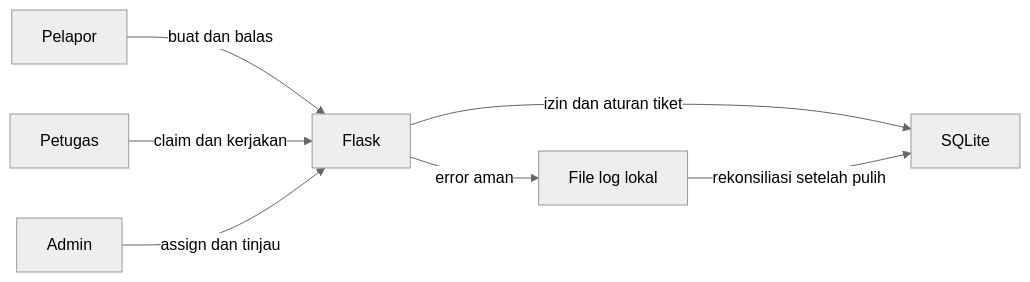
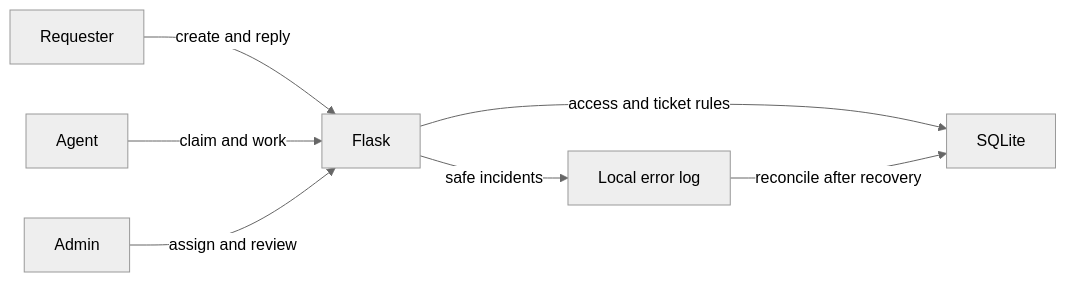
One commit to bedaaryawimala/ticket-system changed the diagram in README.md. Above: the diagram before and after it, drawn with Mermaid (neutral theme). The commit also changed other lines of this file and 35 other files, not shown here.

````diff
--- a/README.md
+++ b/README.md
@@ -63,9 +59,9 @@
 ```mermaid
 flowchart LR
-    Pelapor -->|buat dan balas| Flask
-    Petugas -->|claim dan kerjakan| Flask
-    Admin -->|assign dan tinjau| Flask
-    Flask -->|izin dan aturan tiket| SQLite
-    Flask -->|error aman| FileLog[File log lokal]
-    FileLog -->|rekonsiliasi setelah pulih| SQLite
+    Requester -->|create and reply| Flask
+    Agent -->|claim and work| Flask
+    Admin -->|assign and review| Flask
+    Flask -->|access and ticket rules| SQLite
+    Flask -->|safe incidents| LocalLog[Local error log]
+    LocalLog -->|reconcile after recovery| SQLite
 ```
````
